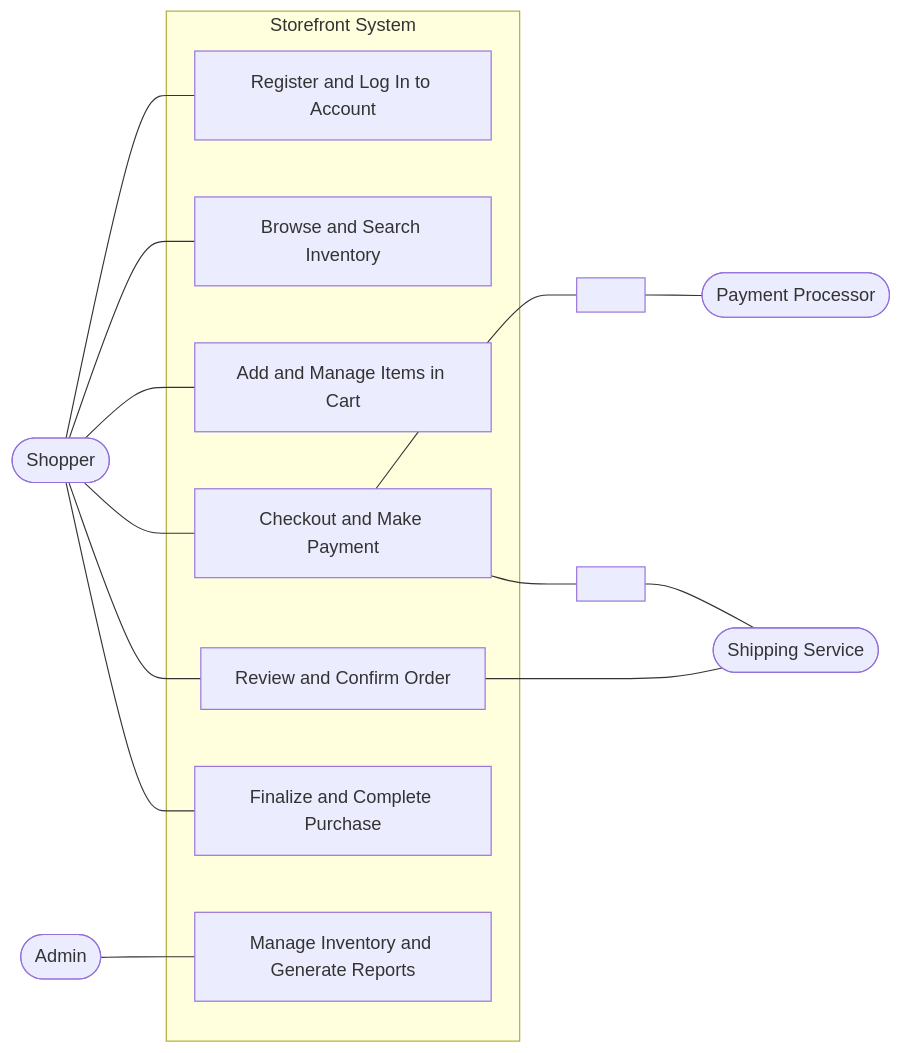
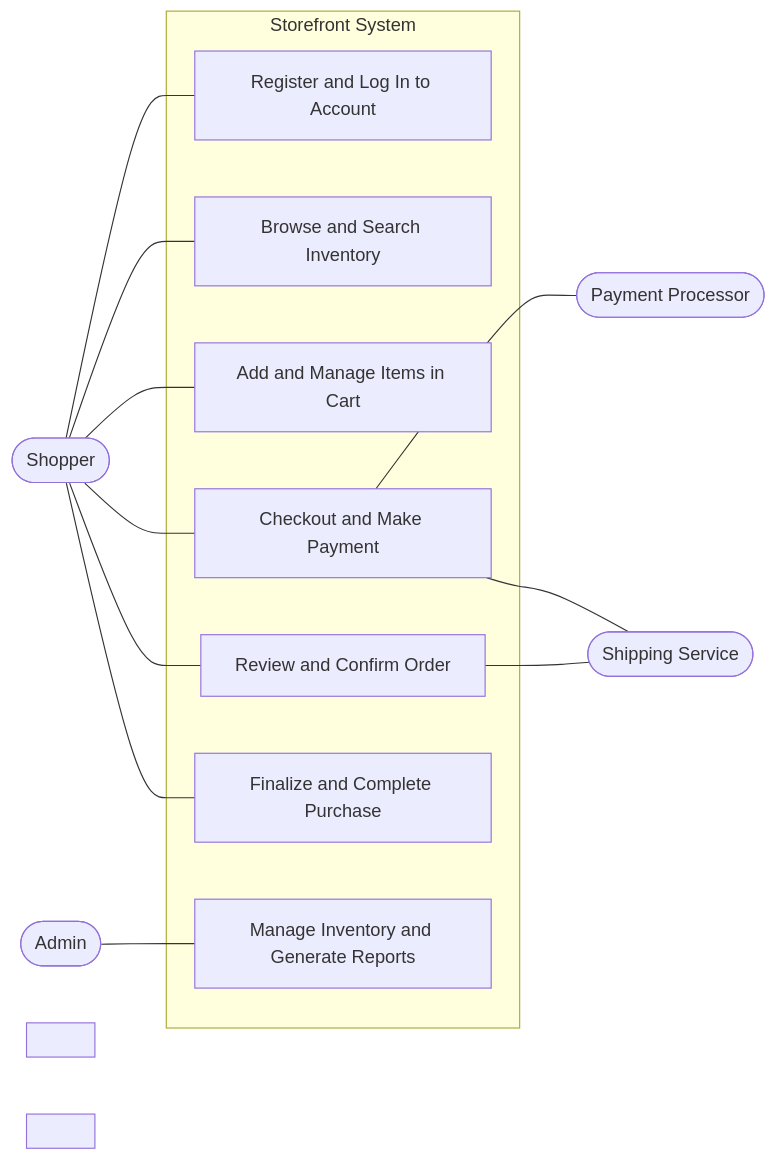
The diagram in use_case_README.md (BornB4Google/swe-3313-fall-2025-team-09), drawn with Mermaid before and after one commit.

````diff
--- a/use_case_README.md
+++ b/use_case_README.md
@@ -5,38 +5,38 @@
 ```mermaid
 flowchart LR
     %% Direction: Left to Right
     %% Actors
     shopper(["Shopper"])
     admin(["Admin"])
     payment(["Payment Processor"])
     shipping(["Shipping Service"])
 
     %% Invisible spacing nodes
     spacer1[" "]:::invisible
     spacer2[" "]:::invisible
 
     %% System boundary
     subgraph System["Storefront System"]
         UC_Auth["Register and Log In to Account"]
         UC_Inventory["Browse and Search Inventory"]
         UC_Cart["Add and Manage Items in Cart"]
         UC_Checkout["Checkout and Make Payment"]
         UC_Confirm["Review and Confirm Order"]
         UC_Complete["Finalize and Complete Purchase"]
         UC_Admin["Manage Inventory and Generate Reports"]
     end
 
     %% Associations - shopper and admin on left
     shopper --- UC_Auth
     shopper --- UC_Inventory
     shopper --- UC_Cart
     shopper --- UC_Checkout
     shopper --- UC_Confirm
     shopper --- UC_Complete
     admin --- UC_Admin
 
     %% External systems - on right
-    UC_Checkout --- spacer1 --- payment
-    UC_Checkout --- spacer2 --- shipping
+    UC_Checkout --- payment
+    UC_Checkout --- shipping
     UC_Confirm --- shipping
 ```
````
